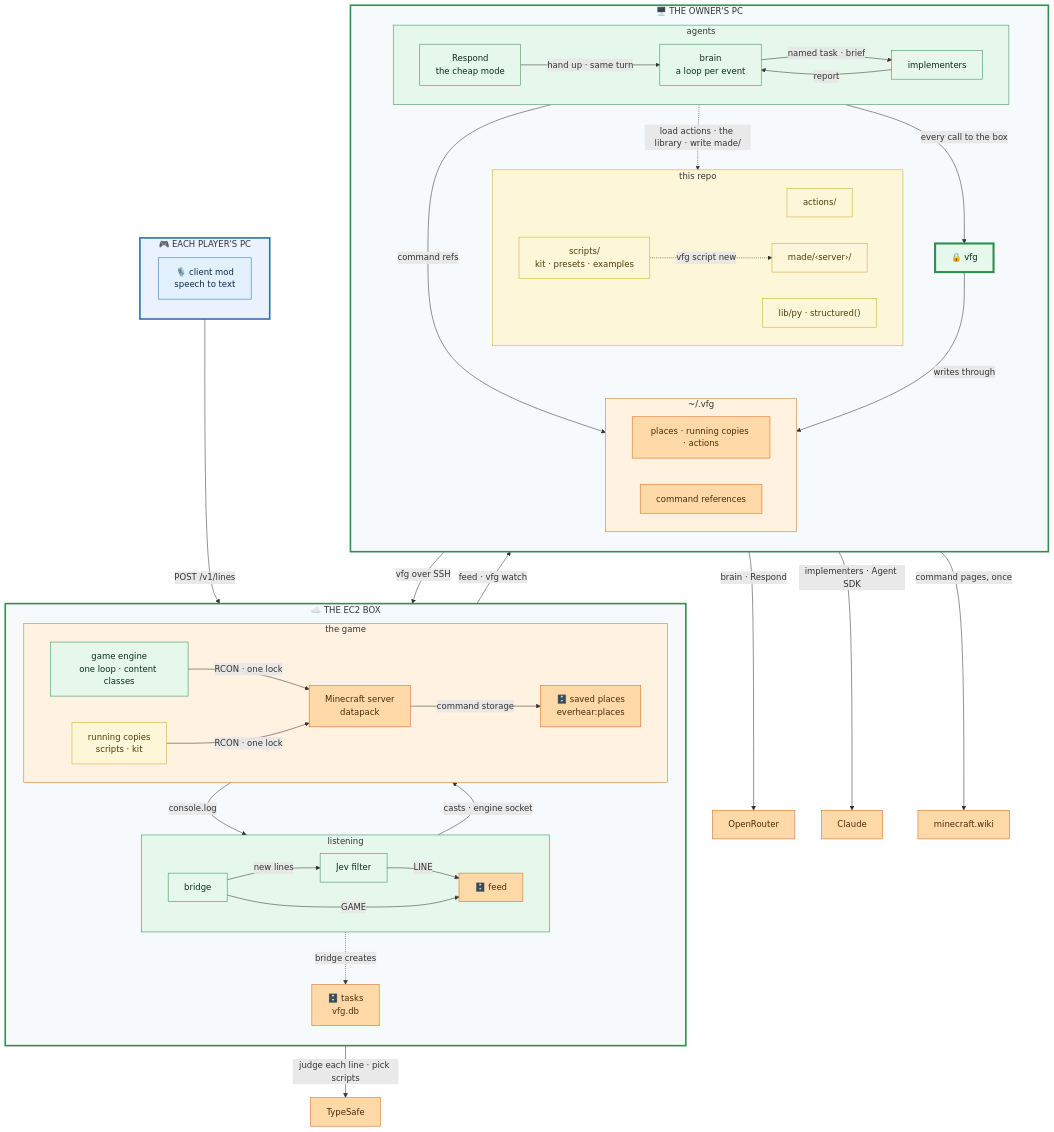
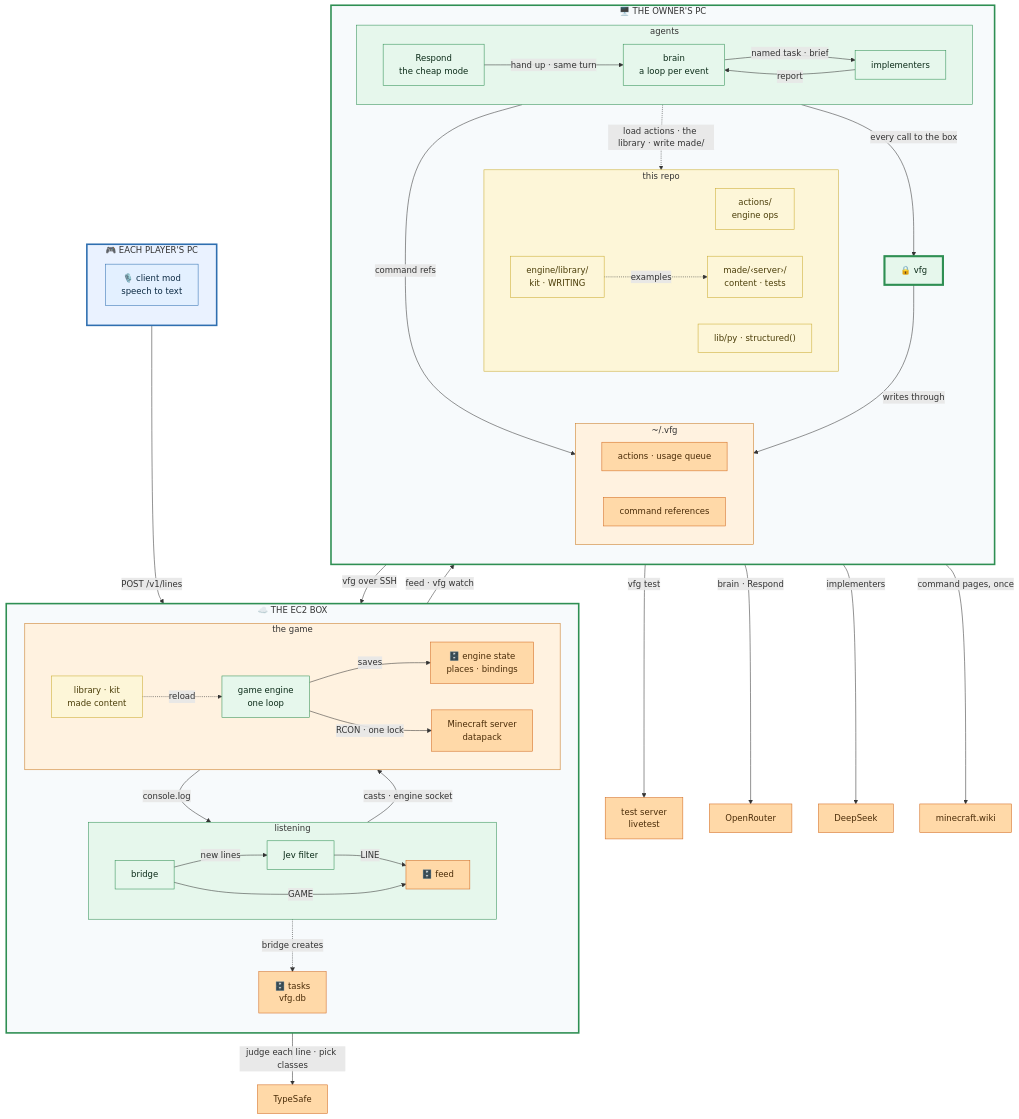
The diagram in README.md (jesse51002/everhear), drawn with Mermaid before and after one commit. The commit also changed other lines of this file and 629 other files, not shown here.

First line of the commit message:
WIP part 2: everything on the engine (args, places, kit, library port in progress)

```diff
--- a/README.md
+++ b/README.md
@@ -25,13 +25,13 @@
       Bridge -->|"GAME"| Feed
     end
     subgraph Game["the game"]
-      Engine["game engine<br/>one loop · content classes"]
-      Run["running copies<br/>scripts · kit"]
+      Content["library · kit<br/>made content"]
+      Engine["game engine<br/>one loop"]
+      EState["🗄️ engine state<br/>places · bindings"]
       MC["Minecraft server<br/>datapack"]
-      Places["🗄️ saved places<br/>everhear:places"]
+      Content -.->|"reload"| Engine
+      Engine -->|"saves"| EState
       Engine -->|"RCON · one lock"| MC
-      Run -->|"RCON · one lock"| MC
-      MC -->|"command storage"| Places
     end
     Tasks["🗄️ tasks<br/>vfg.db"]
     Game -->|"console.log"| Listen
@@ -51,14 +51,14 @@
     end
     Vfg["🔒 vfg"]
     subgraph Repo["this repo"]
-      Actions["actions/"]
-      Library["scripts/<br/>kit · presets · examples"]
-      Made["made/‹server›/"]
+      Actions["actions/<br/>engine ops"]
+      Library["engine/library/<br/>kit · WRITING"]
+      Made["made/‹server›/<br/>content · tests"]
       Lib["lib/py · structured()"]
-      Library -.->|"vfg script new"| Made
+      Library -.->|"examples"| Made
     end
     subgraph Home["~/.vfg"]
-      Cache["places · running copies · actions"]
+      Cache["actions · usage queue"]
       Refs["command references"]
     end
     Agents -->|"every call to the box"| Vfg
@@ -67,17 +67,19 @@
     Vfg -->|"writes through"| Home
   end
 
+  TestBox["test server<br/>livetest"]
   TypeSafe["TypeSafe"]
   OpenRouter["OpenRouter"]
-  Claude["Claude"]
+  DeepSeek["DeepSeek"]
   Wiki["minecraft.wiki"]
 
   Player -->|"POST /v1/lines"| Box
   Box -->|"feed · vfg watch"| Owner
   Owner -->|"vfg over SSH"| Box
-  Box -->|"judge each line · pick scripts"| TypeSafe
+  Owner -->|"vfg test"| TestBox
+  Box -->|"judge each line · pick classes"| TypeSafe
   Owner -->|"brain · Respond"| OpenRouter
-  Owner -->|"implementers · Agent SDK"| Claude
+  Owner -->|"implementers"| DeepSeek
   Owner -->|"command pages, once"| Wiki
 
   classDef default fill:#ffffff,stroke:#94a3b8,color:#1f2937;
@@ -87,8 +89,8 @@
   classDef tool   fill:#fdf6d8,stroke:#caab2f,color:#4a3d08;
   class Mod client;
   class Bridge,Jev,Engine,Brain,Respond,Impl,Vfg svc;
-  class Feed,Tasks,MC,Places,Cache,Refs,TypeSafe,OpenRouter,Claude,Wiki ext;
-  class Run,Actions,Library,Made,Lib tool;
+  class Feed,Tasks,MC,EState,Cache,Refs,TestBox,TypeSafe,OpenRouter,DeepSeek,Wiki ext;
+  class Content,Actions,Library,Made,Lib tool;
   style Player fill:#eaf2ff,stroke:#2f6fb0,stroke-width:3px;
   style Box fill:#f7fafc,stroke:#2f8f53,stroke-width:3px;
   style Owner fill:#f7fafc,stroke:#2f8f53,stroke-width:3px;
```
